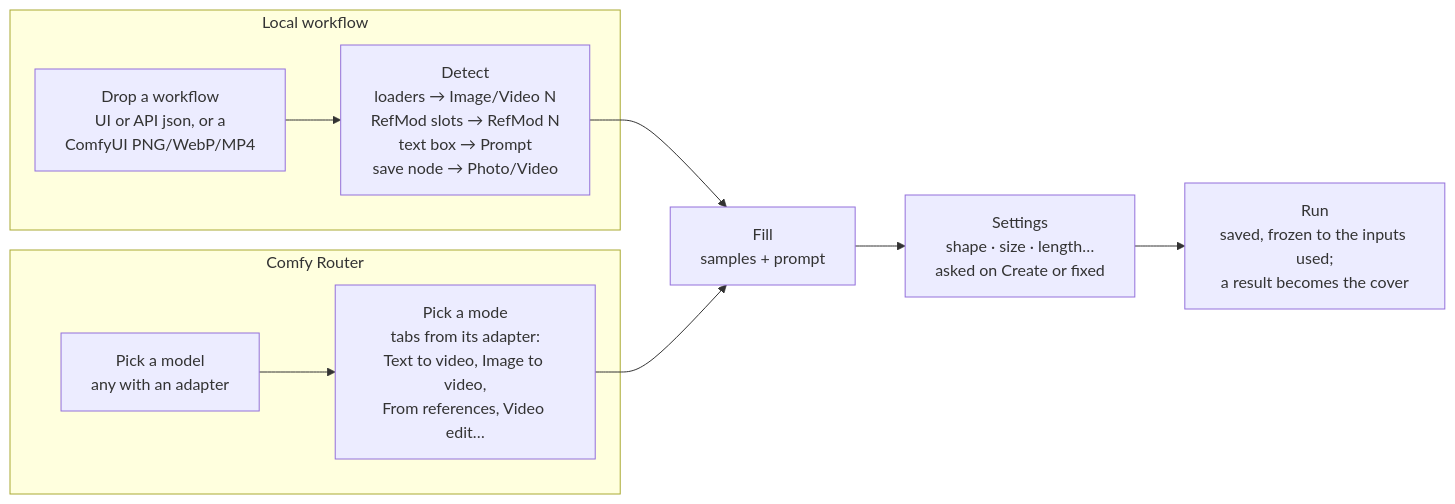
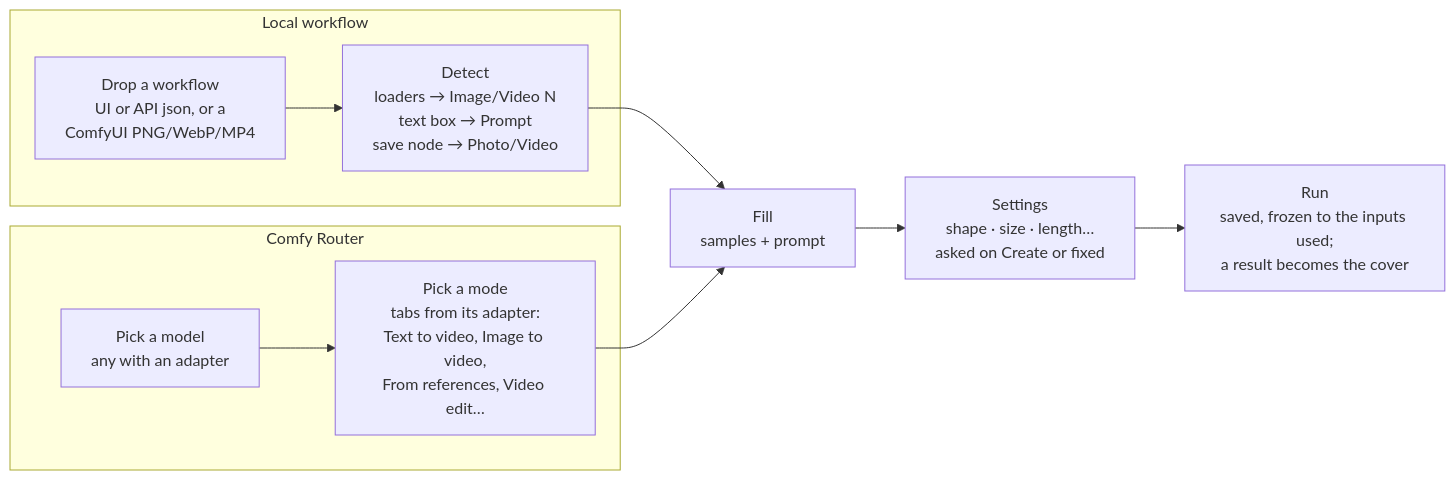
One commit to GETHUK-BIGEMPEROR/OpenIllusion changed the third of 5 diagrams in README.md. Above: the diagram before and after it, drawn with Mermaid. The commit also changed other lines of this file and 44 other files, not shown here.

First line of the commit message:
Move RefMod and Character Lab to the refmod branch

````diff
--- a/README.md
+++ b/README.md
@@ -455,13 +424,13 @@
 ```mermaid
 flowchart LR
   subgraph Local["Local workflow"]
-    D["Drop a workflow<br/>UI or API json, or a<br/>ComfyUI PNG/WebP/MP4"] --> DE["Detect<br/>loaders → Image/Video N<br/>RefMod slots → RefMod N<br/>text box → Prompt<br/>save node → Photo/Video"]
+    D["Drop a workflow<br/>UI or API json, or a<br/>ComfyUI PNG/WebP/MP4"] --> DE["Detect<br/>loaders → Image/Video N<br/>text box → Prompt<br/>save node → Photo/Video"]
   end
   subgraph Cloud["Comfy Router"]
     M["Pick a model<br/>any with an adapter"] --> MO["Pick a mode<br/>tabs from its adapter:<br/>Text to video, Image to video,<br/>From references, Video edit…"]
   end
   DE --> F["Fill<br/>samples + prompt"]
   MO --> F
   F --> ST["Settings<br/>shape · size · length…<br/>asked on Create or fixed"]
   ST --> RU["Run<br/>saved, frozen to the inputs used;<br/>a result becomes the cover"]
 ```
````
